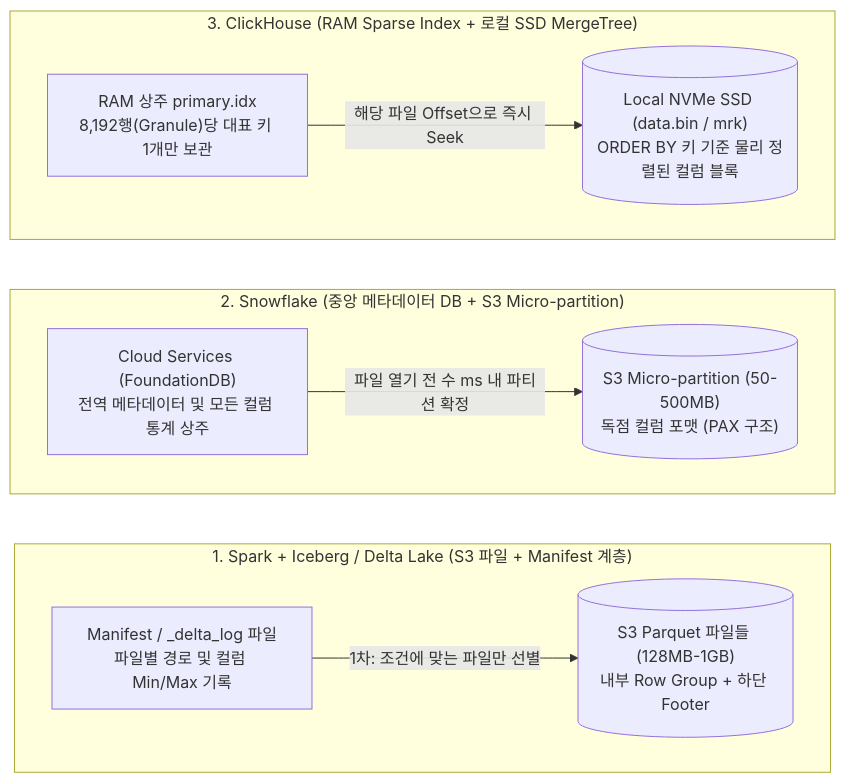
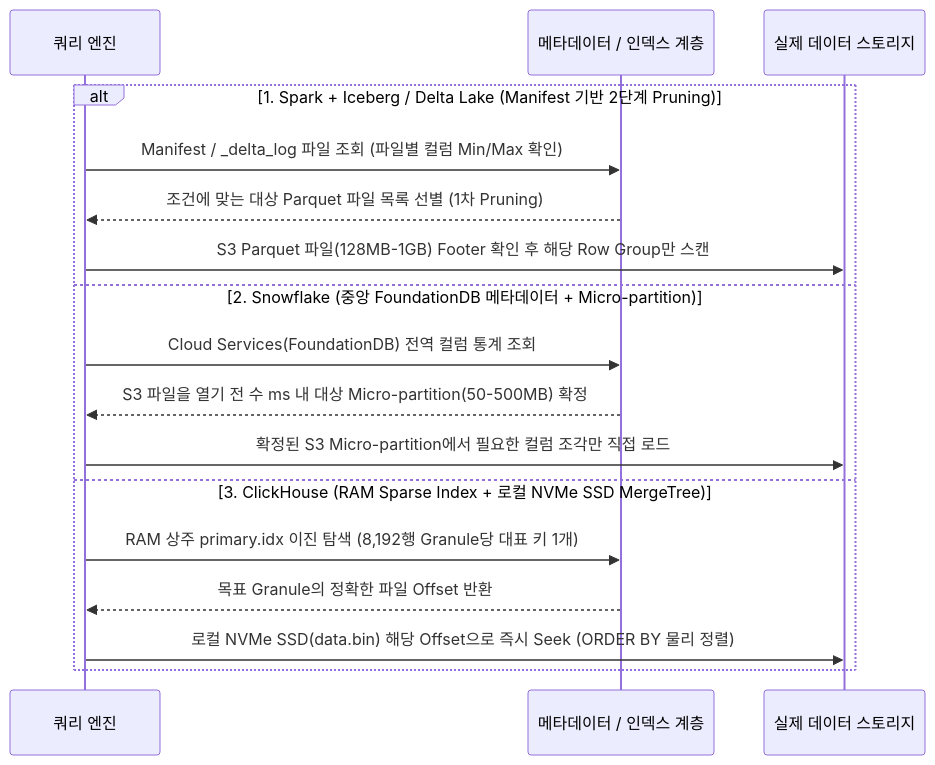
Before and after one commit to djpibo/djpibo.github.io: the eighth of 12 diagrams in docs/dbms/distributed/mapreduce-spark-and-distributed-db-internals.md, drawn with Mermaid. The commit also changed other lines of this file, not shown here.

Commit message:
docs(mermaid): convert Figure 7 storage and data skipping comparison to sequenceDiagram

````diff
--- a/docs/dbms/distributed/mapreduce-spark-and-distributed-db-internals.md
+++ b/docs/dbms/distributed/mapreduce-spark-and-distributed-db-internals.md
@@ -345,24 +345,20 @@
 ```mermaid
-flowchart LR
+sequenceDiagram
+    participant Query as 쿼리 엔진
+    participant Meta as 메타데이터 / 인덱스 계층
+    participant Disk as 실제 데이터 스토리지
 
-    subgraph SP_STORE ["1. Spark + Iceberg / Delta Lake (S3 파일 + Manifest 계층)"]
-        direction LR
-        MANIFEST["Manifest / _delta_log 파일<br/>파일별 경로 및 컬럼 Min/Max 기록"]
-        PARQ_F[("S3 Parquet 파일들 (128MB-1GB)<br/>내부 Row Group + 하단 Footer")]
-        MANIFEST -->|"1차: 조건에 맞는 파일만 선별"| PARQ_F
-    end
-
-    subgraph SF_STORE ["2. Snowflake (중앙 메타데이터 DB + S3 Micro-partition)"]
-        direction LR
-        FDB["Cloud Services (FoundationDB)<br/>전역 메타데이터 및 모든 컬럼 통계 상주"]
-        MICRO[("S3 Micro-partition (50-500MB)<br/>독점 컬럼 포맷 (PAX 구조)")]
-        FDB -->|"파일 열기 전 수 ms 내 파티션 확정"| MICRO
-    end
-
-    subgraph CH_STORE ["3. ClickHouse (RAM Sparse Index + 로컬 SSD MergeTree)"]
-        direction LR
-        SPARSE["RAM 상주 primary.idx<br/>8,192행(Granule)당 대표 키 1개만 보관"]
-        MERGETREE[("Local NVMe SSD (data.bin / mrk)<br/>ORDER BY 키 기준 물리 정렬된 컬럼 블록")]
-        SPARSE -->|"해당 파일 Offset으로 즉시 Seek"| MERGETREE
+    alt 1. Spark + Iceberg / Delta Lake (Manifest 기반 2단계 Pruning)
+        Query->>Meta: Manifest / _delta_log 파일 조회 (파일별 컬럼 Min/Max 확인)
+        Meta-->>Query: 조건에 맞는 대상 Parquet 파일 목록 선별 (1차 Pruning)
+        Query->>Disk: S3 Parquet 파일(128MB-1GB) Footer 확인 후 해당 Row Group만 스캔
+    else 2. Snowflake (중앙 FoundationDB 메타데이터 + Micro-partition)
+        Query->>Meta: Cloud Services(FoundationDB) 전역 컬럼 통계 조회
+        Meta-->>Query: S3 파일을 열기 전 수 ms 내 대상 Micro-partition(50-500MB) 확정
+        Query->>Disk: 확정된 S3 Micro-partition에서 필요한 컬럼 조각만 직접 로드
+    else 3. ClickHouse (RAM Sparse Index + 로컬 NVMe SSD MergeTree)
+        Query->>Meta: RAM 상주 primary.idx 이진 탐색 (8,192행 Granule당 대표 키 1개)
+        Meta-->>Query: 목표 Granule의 정확한 파일 Offset 반환
+        Query->>Disk: 로컬 NVMe SSD(data.bin) 해당 Offset으로 즉시 Seek (ORDER BY 물리 정렬)
     end
 ```
````
